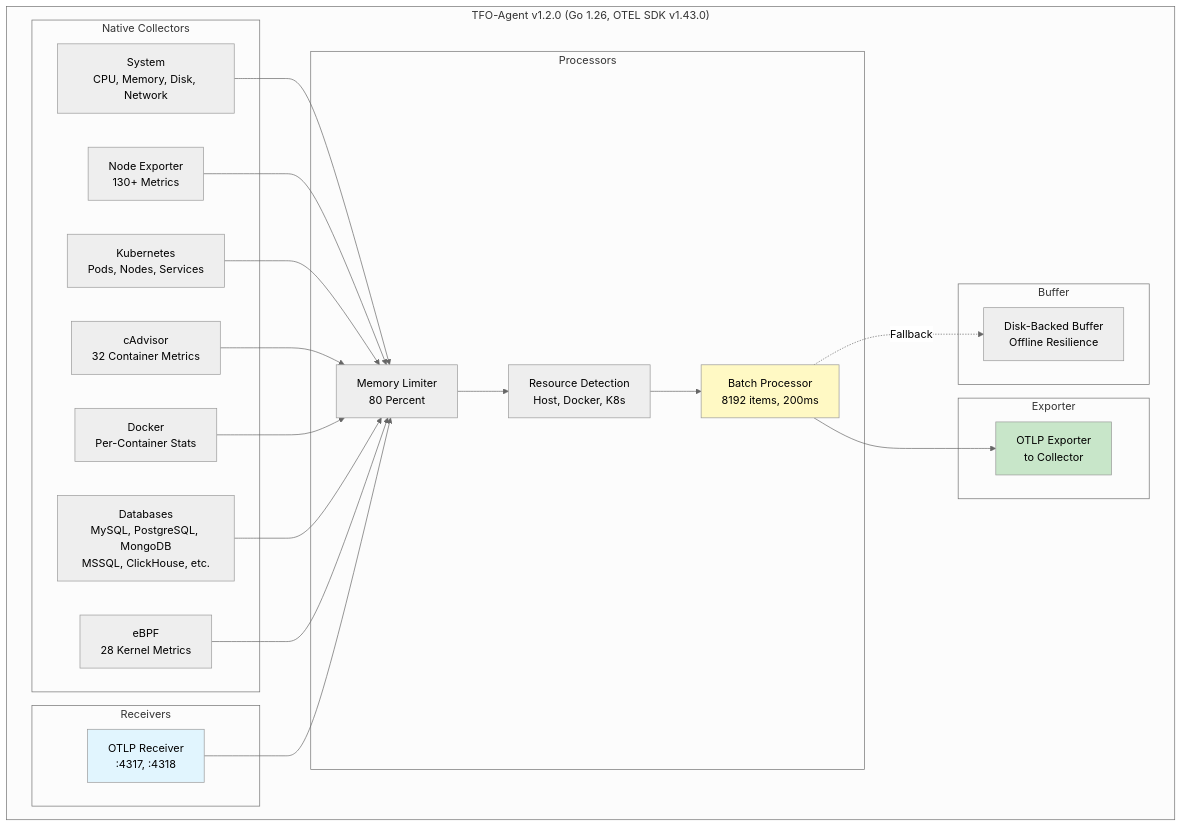
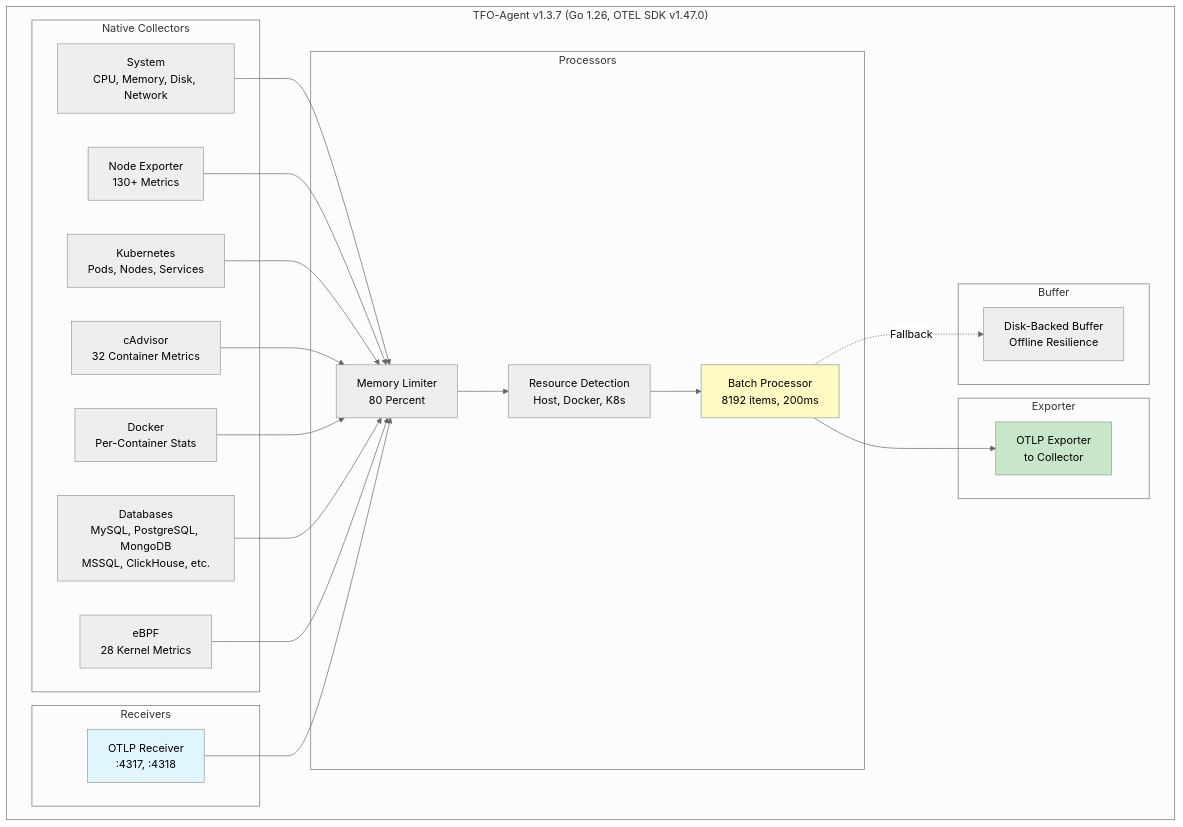
Before and after one commit to telemetryflow/telemetryflow-overview: the second of 12 diagrams in tfo-otel/ARCHITECTURE.md, drawn with Mermaid (neutral theme). The commit also changed other lines of this file and 11 other files, not shown here.

First line of the commit message:
docs: update component versions to latest (agent/collector/platform/OTel)

````diff
--- a/tfo-otel/ARCHITECTURE.md
+++ b/tfo-otel/ARCHITECTURE.md
@@ -107,42 +107,42 @@
 ```mermaid
 graph TB
-    subgraph "TFO-Agent v1.2.0 (Go 1.26, OTEL SDK v1.43.0)"
+    subgraph "TFO-Agent v1.3.7 (Go 1.26, OTEL SDK v1.47.0)"
         subgraph "Native Collectors"
             RC_SYS[System<br/>CPU, Memory, Disk, Network]
             RC_NODE[Node Exporter<br/>130+ Metrics]
             RC_K8S[Kubernetes<br/>Pods, Nodes, Services]
             RC_CAD[cAdvisor<br/>32 Container Metrics]
             RC_DOCKER[Docker<br/>Per-Container Stats]
             RC_DB[Databases<br/>MySQL, PostgreSQL, MongoDB<br/>MSSQL, ClickHouse, etc.]
             RC_EBPF[eBPF<br/>28 Kernel Metrics]
         end
 
         subgraph "Receivers"
             R_OTLP[OTLP Receiver<br/>:4317, :4318]
         end
 
         subgraph "Processors"
             P_BATCH[Batch Processor<br/>8192 items, 200ms]
             P_MEM[Memory Limiter<br/>80 Percent]
             P_RES[Resource Detection<br/>Host, Docker, K8s]
         end
 
         subgraph "Exporter"
             E_OTLP[OTLP Exporter<br/>to Collector]
         end
 
         subgraph "Buffer"
             BUF[Disk-Backed Buffer<br/>Offline Resilience]
         end
     end
 
     RC_SYS & RC_NODE & RC_K8S & RC_CAD & RC_DOCKER & RC_DB & RC_EBPF --> P_MEM
     R_OTLP --> P_MEM
     P_MEM --> P_RES --> P_BATCH
     P_BATCH --> E_OTLP
     P_BATCH -.->|Fallback| BUF
 
     style R_OTLP fill:#E1F5FE
     style P_BATCH fill:#FFF9C4
     style E_OTLP fill:#C8E6C9
 ```
````
